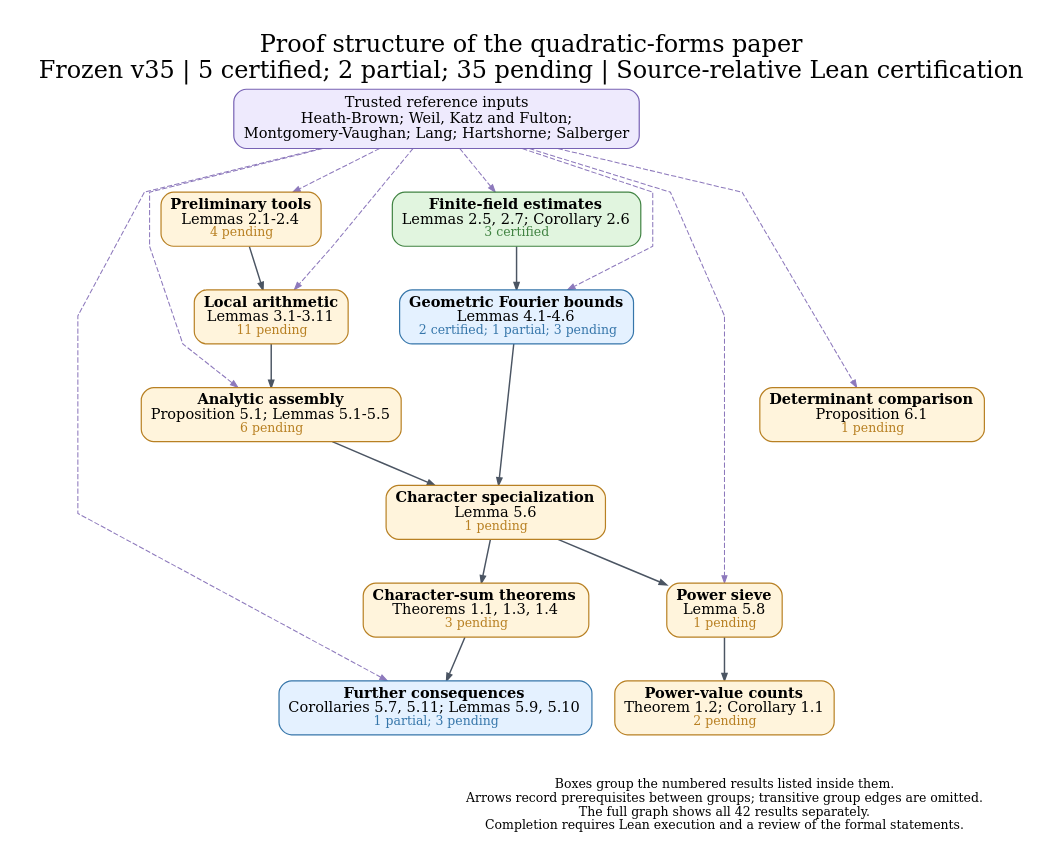
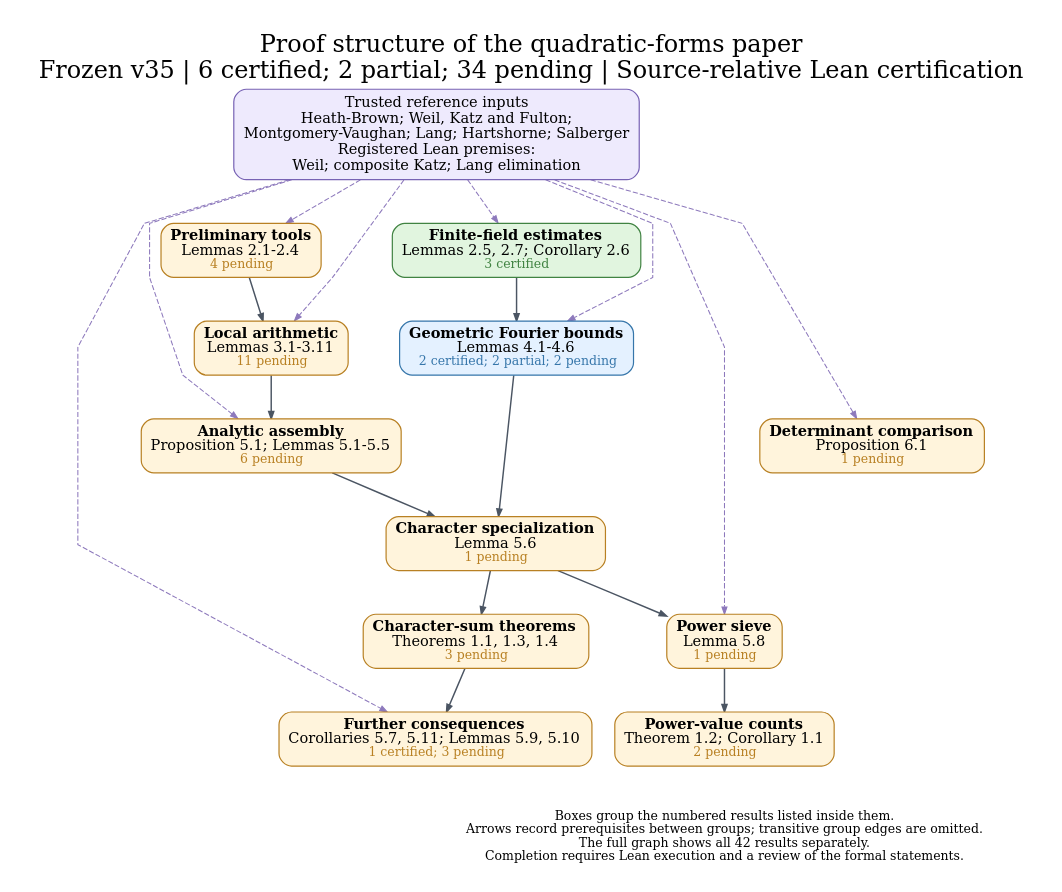
The diagram in docs/dependency_overview.dot (nicolasrobles/quaternary-quadratic-forms), drawn with Graphviz before and after one commit. The commit also changed 37 other files, not shown here.

```diff
--- a/docs/dependency_overview.dot
+++ b/docs/dependency_overview.dot
@@ -1,43 +1,43 @@
 digraph Overview {
 graph [rankdir=TB, newrank=true, compound=true, outputorder=edgesfirst,
   bgcolor="white", fontname="DejaVu Serif", fontsize=23, labelloc=t,
-  label="Proof structure of the quadratic-forms paper\nFrozen v35 | 5 certified; 2 partial; 35 pending | Source-relative Lean certification",
+  label="Proof structure of the quadratic-forms paper\nFrozen v35 | 6 certified; 2 partial; 34 pending | Source-relative Lean certification",
   nodesep=0.30, ranksep=0.58, pad=0.28, splines=polyline];
 node [shape=box, style="rounded,filled", fillcolor="#fff4dc", color="#b88023",
   fontname="DejaVu Serif", fontsize=14, penwidth=1.15, margin="0.12,0.09"];
 edge [color="#4b5563", arrowsize=0.70, penwidth=1.05];
-sources [label="Trusted reference inputs\nHeath-Brown; Weil, Katz and Fulton;\nMontgomery-Vaughan; Lang; Hartshorne; Salberger", fillcolor="#eeeafd", color="#7762b4", fontsize=14];
+sources [label="Trusted reference inputs\nHeath-Brown; Weil, Katz and Fulton;\nMontgomery-Vaughan; Lang; Hartshorne; Salberger\nRegistered Lean premises:\nWeil; composite Katz; Lang elimination", fillcolor="#eeeafd", color="#7762b4", fontsize=14];
 "prelim" [label=<<B>Preliminary tools</B><BR/>Lemmas 2.1-2.4<BR/><FONT POINT-SIZE="12" COLOR="#b88023">4 pending</FONT>>, fillcolor="#fff4dc", color="#b88023", URL="https://github.com/nicolasrobles/quaternary-quadratic-forms/blob/main/INVENTORY.md", target="_blank"];
 "finite" [label=<<B>Finite-field estimates</B><BR/>Lemmas 2.5, 2.7; Corollary 2.6<BR/><FONT POINT-SIZE="12" COLOR="#408342">3 certified</FONT>>, fillcolor="#e1f5df", color="#408342", URL="https://github.com/nicolasrobles/quaternary-quadratic-forms/blob/main/INVENTORY.md", target="_blank"];
 "local" [label=<<B>Local arithmetic</B><BR/>Lemmas 3.1-3.11<BR/><FONT POINT-SIZE="12" COLOR="#b88023">11 pending</FONT>>, fillcolor="#fff4dc", color="#b88023", URL="https://github.com/nicolasrobles/quaternary-quadratic-forms/blob/main/INVENTORY.md", target="_blank"];
-"fourier" [label=<<B>Geometric Fourier bounds</B><BR/>Lemmas 4.1-4.6<BR/><FONT POINT-SIZE="12" COLOR="#3676aa">2 certified; 1 partial; 3 pending</FONT>>, fillcolor="#e4f1ff", color="#3676aa", URL="https://github.com/nicolasrobles/quaternary-quadratic-forms/blob/main/INVENTORY.md", target="_blank"];
+"fourier" [label=<<B>Geometric Fourier bounds</B><BR/>Lemmas 4.1-4.6<BR/><FONT POINT-SIZE="12" COLOR="#3676aa">2 certified; 2 partial; 2 pending</FONT>>, fillcolor="#e4f1ff", color="#3676aa", URL="https://github.com/nicolasrobles/quaternary-quadratic-forms/blob/main/INVENTORY.md", target="_blank"];
 "analytic" [label=<<B>Analytic assembly</B><BR/>Proposition 5.1; Lemmas 5.1-5.5<BR/><FONT POINT-SIZE="12" COLOR="#b88023">6 pending</FONT>>, fillcolor="#fff4dc", color="#b88023", URL="https://github.com/nicolasrobles/quaternary-quadratic-forms/blob/main/INVENTORY.md", target="_blank"];
 "characters" [label=<<B>Character specialization</B><BR/>Lemma 5.6<BR/><FONT POINT-SIZE="12" COLOR="#b88023">1 pending</FONT>>, fillcolor="#fff4dc", color="#b88023", URL="https://github.com/nicolasrobles/quaternary-quadratic-forms/blob/main/INVENTORY.md", target="_blank"];
 "sieve" [label=<<B>Power sieve</B><BR/>Lemma 5.8<BR/><FONT POINT-SIZE="12" COLOR="#b88023">1 pending</FONT>>, fillcolor="#fff4dc", color="#b88023", URL="https://github.com/nicolasrobles/quaternary-quadratic-forms/blob/main/INVENTORY.md", target="_blank"];
-"consequences" [label=<<B>Further consequences</B><BR/>Corollaries 5.7, 5.11; Lemmas 5.9, 5.10<BR/><FONT POINT-SIZE="12" COLOR="#3676aa">1 partial; 3 pending</FONT>>, fillcolor="#e4f1ff", color="#3676aa", URL="https://github.com/nicolasrobles/quaternary-quadratic-forms/blob/main/INVENTORY.md", target="_blank"];
+"consequences" [label=<<B>Further consequences</B><BR/>Corollaries 5.7, 5.11; Lemmas 5.9, 5.10<BR/><FONT POINT-SIZE="12" COLOR="#b88023">1 certified; 3 pending</FONT>>, fillcolor="#fff4dc", color="#b88023", URL="https://github.com/nicolasrobles/quaternary-quadratic-forms/blob/main/INVENTORY.md", target="_blank"];
 "maincharacters" [label=<<B>Character-sum theorems</B><BR/>Theorems 1.1, 1.3, 1.4<BR/><FONT POINT-SIZE="12" COLOR="#b88023">3 pending</FONT>>, fillcolor="#fff4dc", color="#b88023", URL="https://github.com/nicolasrobles/quaternary-quadratic-forms/blob/main/INVENTORY.md", target="_blank"];
 "mainpowers" [label=<<B>Power-value counts</B><BR/>Theorem 1.2; Corollary 1.1<BR/><FONT POINT-SIZE="12" COLOR="#b88023">2 pending</FONT>>, fillcolor="#fff4dc", color="#b88023", URL="https://github.com/nicolasrobles/quaternary-quadratic-forms/blob/main/INVENTORY.md", target="_blank"];
 "fixed" [label=<<B>Determinant comparison</B><BR/>Proposition 6.1<BR/><FONT POINT-SIZE="12" COLOR="#b88023">1 pending</FONT>>, fillcolor="#fff4dc", color="#b88023", URL="https://github.com/nicolasrobles/quaternary-quadratic-forms/blob/main/INVENTORY.md", target="_blank"];
 "analytic" -> "characters" [penwidth=1.4];
 "characters" -> "maincharacters" [penwidth=1.4];
 "characters" -> "sieve" [penwidth=1.4];
 "finite" -> "fourier" [penwidth=1.4];
 "fourier" -> "characters" [penwidth=1.4];
 "local" -> "analytic" [penwidth=1.4];
 "maincharacters" -> "consequences" [penwidth=1.4];
 "prelim" -> "local" [penwidth=1.4];
 "sieve" -> "mainpowers" [penwidth=1.4];
 sources -> "analytic" [style=dashed, color="#8d79bc", penwidth=1.0];
 sources -> "consequences" [style=dashed, color="#8d79bc", penwidth=1.0];
 sources -> "finite" [style=dashed, color="#8d79bc", penwidth=1.0];
 sources -> "fixed" [style=dashed, color="#8d79bc", penwidth=1.0];
 sources -> "fourier" [style=dashed, color="#8d79bc", penwidth=1.0];
 sources -> "local" [style=dashed, color="#8d79bc", penwidth=1.0];
 sources -> "prelim" [style=dashed, color="#8d79bc", penwidth=1.0];
 sources -> "sieve" [style=dashed, color="#8d79bc", penwidth=1.0];
 legend [shape=plain, style="", label="Boxes group the numbered results listed inside them.\nArrows record prerequisites between groups; transitive group edges are omitted.\nThe full graph shows all 42 results separately.\nCompletion requires Lean execution and a review of the formal statements.", fontsize=12];
 {rank=sink; legend;}
 "consequences" -> legend [style=invis];
 "fixed" -> legend [style=invis];
 "mainpowers" -> legend [style=invis];
 }
```
